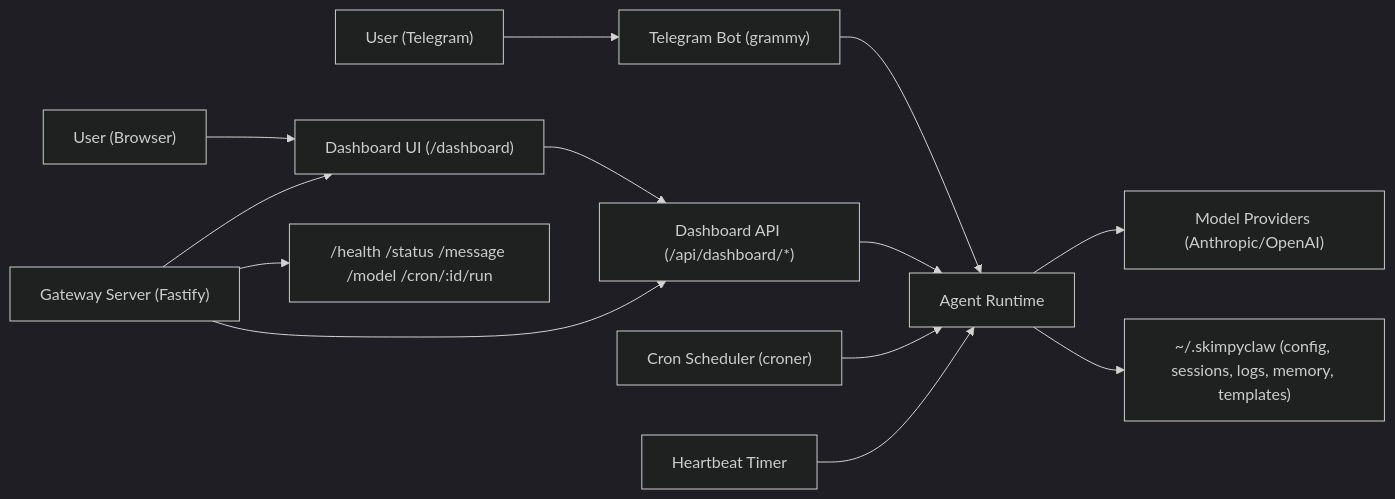
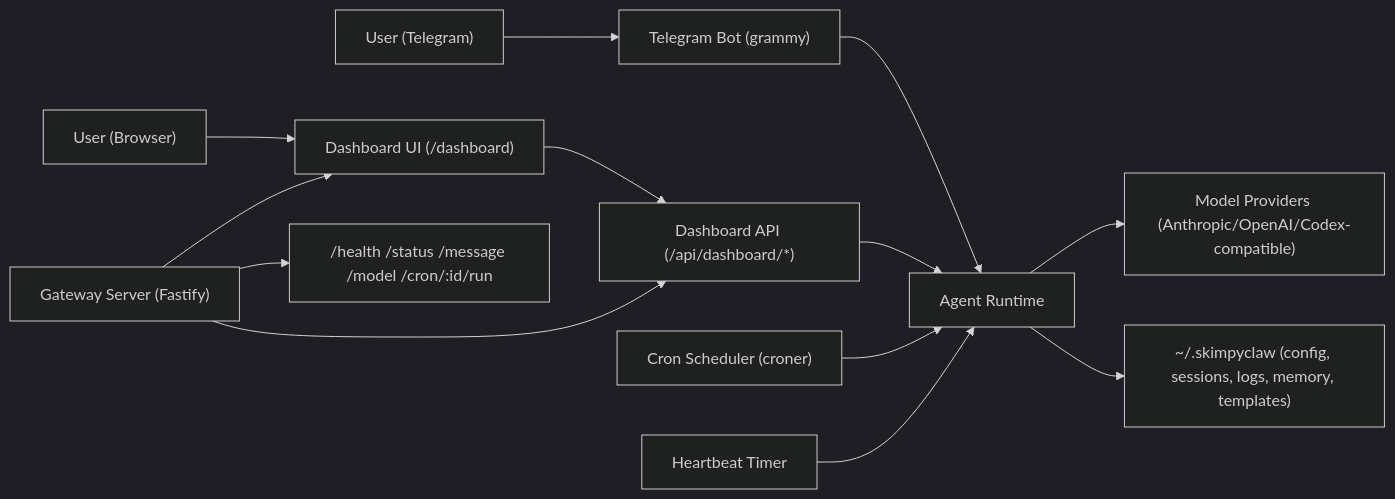
One commit to kat3samsin/skimpyclaw changed the first of 3 diagrams in README.md. Above: the diagram before and after it, drawn with Mermaid (dark theme). The commit also changed other lines of this file, not shown here.

````diff
--- a/README.md
+++ b/README.md
@@ -14,15 +15,15 @@
 ```mermaid
 flowchart LR
   user["User (Telegram)"] --> tg["Telegram Bot (grammy)"]
   user2["User (Browser)"] --> dash["Dashboard UI (/dashboard)"]
   dash --> api["Dashboard API (/api/dashboard/*)"]
   tg --> agent["Agent Runtime"]
   api --> agent
   gw["Gateway Server (Fastify)"] --> api
   gw --> dash
   gw --> st["/health /status /message /model /cron/:id/run"]
   cron["Cron Scheduler (croner)"] --> agent
   hb["Heartbeat Timer"] --> agent
-  agent --> models["Model Providers (Anthropic/OpenAI)"]
+  agent --> models["Model Providers (Anthropic/OpenAI/Codex-compatible)"]
   agent --> fs["~/.skimpyclaw (config, sessions, logs, memory, templates)"]
 ```
````
